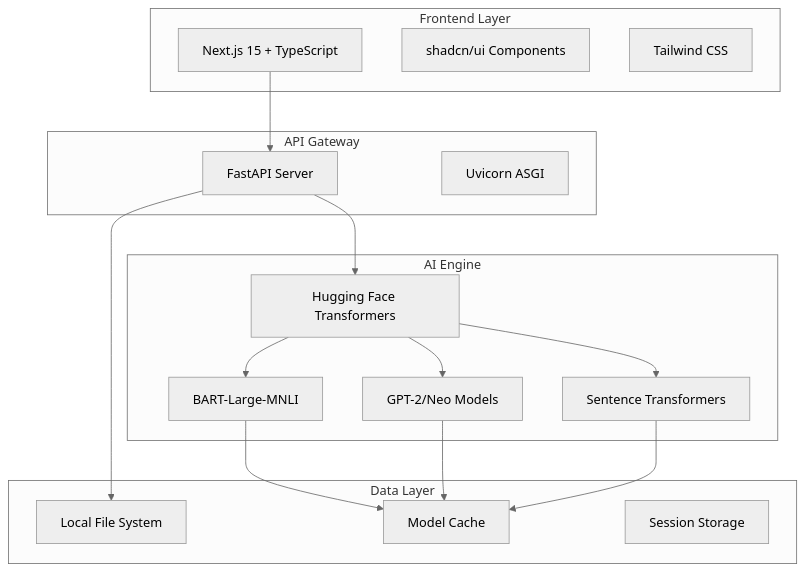
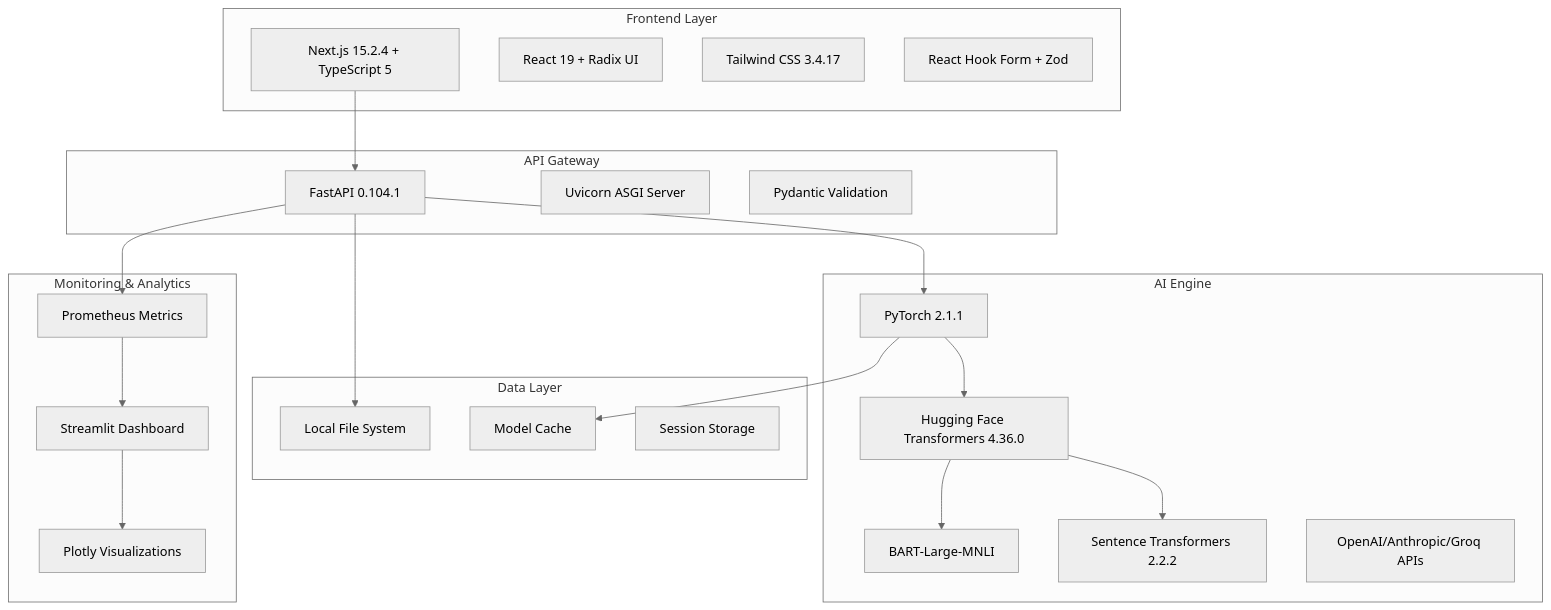
One commit to irenemg8/promptgen changed the first of 2 diagrams in README.md. Above: the diagram before and after it, drawn with Mermaid (neutral theme). The commit also changed other lines of this file and 41 other files, not shown here.

````diff
--- a/README.md
+++ b/README.md
@@ -26,36 +28,46 @@
 ```mermaid
 graph TB
     subgraph "Frontend Layer"
-        A[Next.js 15 + TypeScript]
-        B[shadcn/ui Components]
-        C[Tailwind CSS]
+        A[Next.js 15.2.4 + TypeScript 5]
+        B[React 19 + Radix UI]
+        C[Tailwind CSS 3.4.17]
+        D[React Hook Form + Zod]
     end
     
     subgraph "API Gateway"
-        D[FastAPI Server]
-        E[Uvicorn ASGI]
+        E[FastAPI 0.104.1]
+        F[Uvicorn ASGI Server]
+        G[Pydantic Validation]
     end
     
     subgraph "AI Engine"
-        F[Hugging Face Transformers]
-        G[BART-Large-MNLI]
-        H[GPT-2/Neo Models]
-        I[Sentence Transformers]
+        H[PyTorch 2.1.1]
+        I[Hugging Face Transformers 4.36.0]
+        J[BART-Large-MNLI]
+        K[Sentence Transformers 2.2.2]
+        L[OpenAI/Anthropic/Groq APIs]
     end
     
     subgraph "Data Layer"
-        J[Local File System]
-        K[Model Cache]
-        L[Session Storage]
+        M[Local File System]
+        N[Model Cache]
+        O[Session Storage]
     end
     
-    A --> D
-    D --> F
-    F --> G
-    F --> H
-    F --> I
-    D --> J
-    G --> K
-    H --> K
+    subgraph "Monitoring & Analytics"
+        P[Prometheus Metrics]
+        Q[Streamlit Dashboard]
+        R[Plotly Visualizations]
+    end
+    
+    A --> E
+    E --> H
+    H --> I
+    I --> J
     I --> K
+    E --> M
+    H --> N
+    E --> P
+    P --> Q
+    Q --> R
 ```
````
